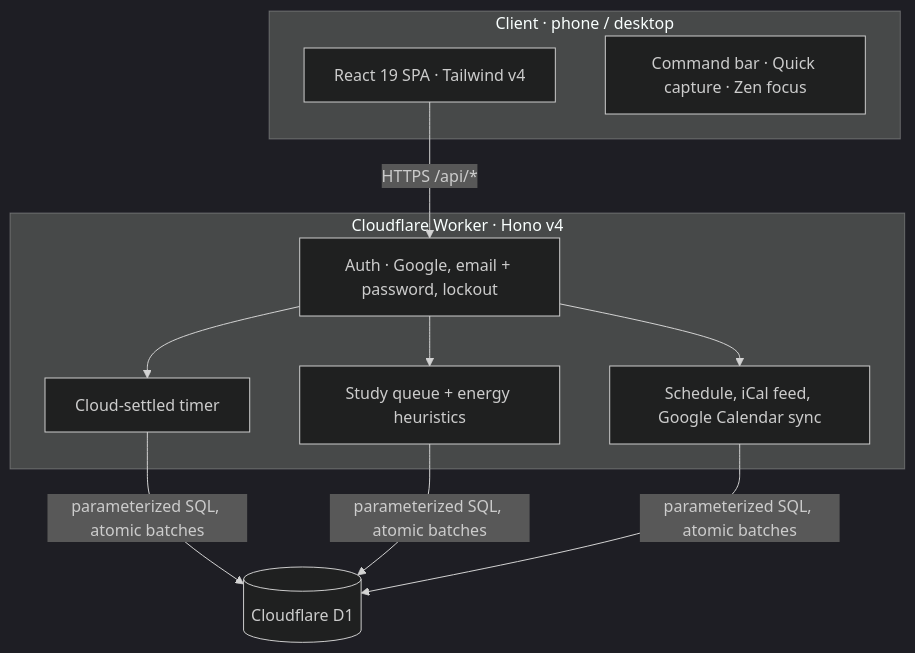
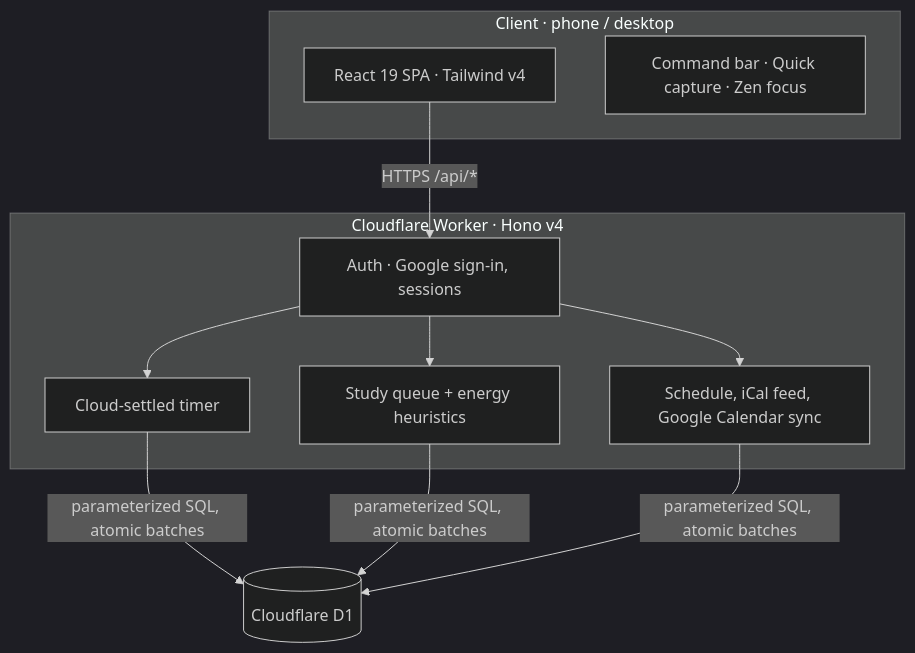
One commit to w1tneess/command-deck changed the diagram in README.md. Above: the diagram before and after it, drawn with Mermaid (dark theme). The commit also changed other lines of this file and 10 other files, not shown here.

First line of the commit message:
Make Google the only way in: drop the email and password sign-in

````diff
--- a/README.md
+++ b/README.md
@@ -18,20 +18,20 @@
 ```mermaid
 graph TD
     subgraph Client [Client · phone / desktop]
         UI[React 19 SPA · Tailwind v4]
         Cmd[Command bar · Quick capture · Zen focus]
     end
 
     subgraph Edge [Cloudflare Worker · Hono v4]
-        Auth[Auth · Google, email + password, lockout]
+        Auth[Auth · Google sign-in, sessions]
         Timer[Cloud-settled timer]
         Planner[Study queue + energy heuristics]
         Cal[Schedule, iCal feed, Google Calendar sync]
     end
 
     D1[(Cloudflare D1)]
 
     UI -->|HTTPS /api/*| Auth
     Auth --> Timer & Planner & Cal
     Timer & Planner & Cal -->|parameterized SQL, atomic batches| D1
 ```
````
